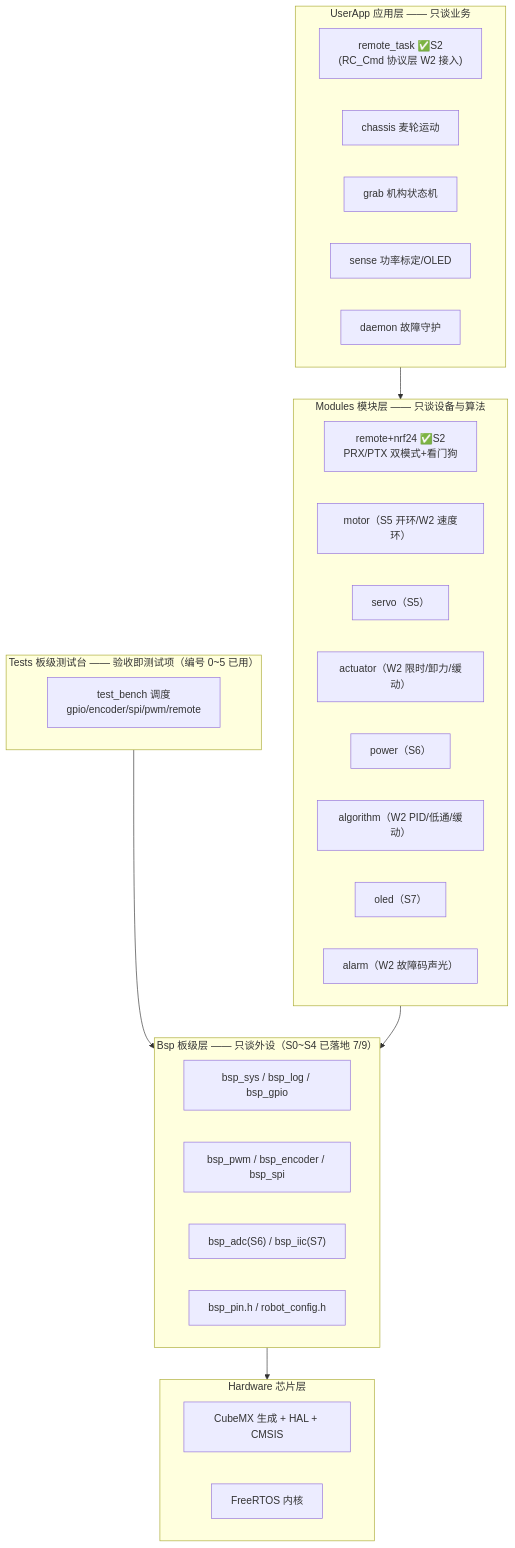
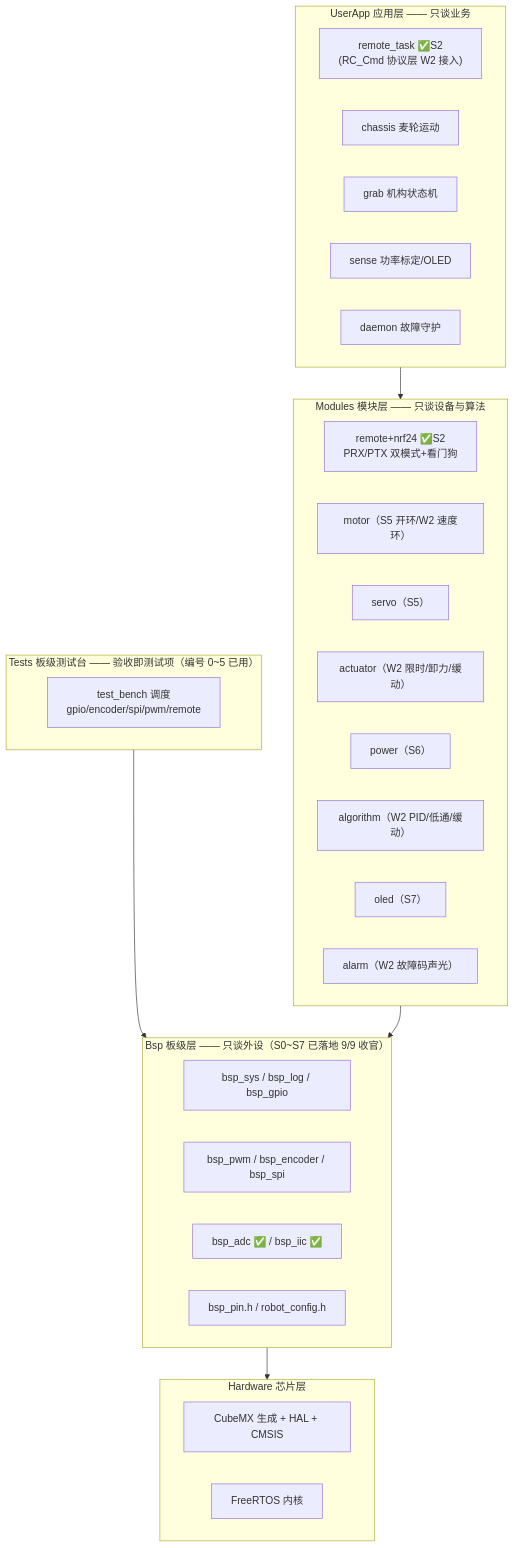
The diagram in docs/RM校内赛代码分层架构.md (hcrchr99/Control27_Begin), drawn with Mermaid before and after one commit. The commit also changed other lines of this file and 2 other files, not shown here.

First line of the commit message:
docs: S7 结算——BSP 行125 API 勘误 + 坑#10/#14 落笔 + Modules §3.5 结算 + 架构 L2 9/9 收官

````diff
--- a/docs/RM校内赛代码分层架构.md
+++ b/docs/RM校内赛代码分层架构.md
@@ -29,37 +31,37 @@
 ```mermaid
 flowchart TD
     subgraph L4["UserApp 应用层 —— 只谈业务"]
         A1["remote_task ✅S2<br>(RC_Cmd 协议层 W2 接入)"]
         A2["chassis 麦轮运动"]
         A3["grab 机构状态机"]
         A4["sense 功率标定/OLED"]
         A5["daemon 故障守护"]
     end
     subgraph TB["Tests 板级测试台 —— 验收即测试项（编号 0~5 已用）"]
         T1["test_bench 调度<br>gpio/encoder/spi/pwm/remote"]
     end
     subgraph L3["Modules 模块层 —— 只谈设备与算法"]
         B1["remote+nrf24 ✅S2<br>PRX/PTX 双模式+看门狗"]
         B2["motor（S5 开环/W2 速度环）"]
         B3["servo（S5）"]
         B4["actuator（W2 限时/卸力/缓动）"]
         B5["power（S6）"]
         B6["algorithm（W2 PID/低通/缓动）"]
         B7["oled（S7）"]
         B8["alarm（W2 故障码声光）"]
     end
-    subgraph L2["Bsp 板级层 —— 只谈外设（S0~S4 已落地 7/9）"]
+    subgraph L2["Bsp 板级层 —— 只谈外设（S0~S7 已落地 9/9 收官）"]
         C1["bsp_sys / bsp_log / bsp_gpio"]
         C2["bsp_pwm / bsp_encoder / bsp_spi"]
-        C3["bsp_adc(S6) / bsp_iic(S7)"]
+        C3["bsp_adc ✅ / bsp_iic ✅"]
         C4["bsp_pin.h / robot_config.h"]
     end
     subgraph L1["Hardware 芯片层"]
         D1["CubeMX 生成 + HAL + CMSIS"]
         D2["FreeRTOS 内核"]
     end
     L4 --> L3
     TB --> L2
     L3 --> L2
     L2 --> L1
 ```
````
